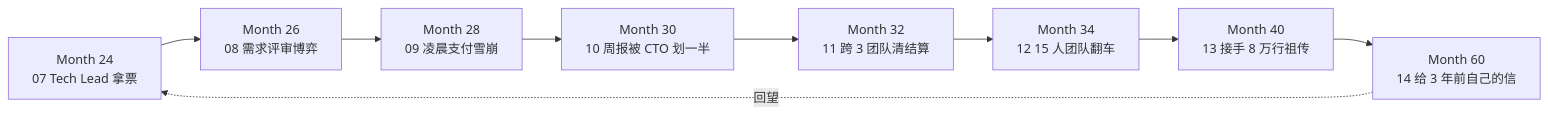
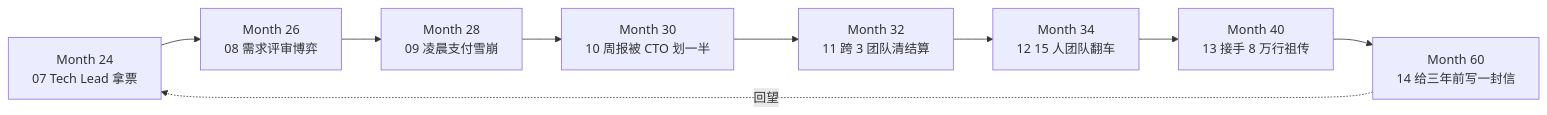
Before and after one commit to chongyang211/YCBookBlog: the fifth of 7 diagrams in docs/08.编程/05.程序员精进路/00.README.md, drawn with Mermaid. The commit also changed other lines of this file and 9 other files, not shown here.

````diff
--- a/docs/08.编程/05.程序员精进路/00.README.md
+++ b/docs/08.编程/05.程序员精进路/00.README.md
@@ -152,11 +147,11 @@
 ```mermaid
 flowchart LR
     N7[Month 24<br/>07 Tech Lead 拿票] --> N8[Month 26<br/>08 需求评审博弈]
     N8 --> N9[Month 28<br/>09 凌晨支付雪崩]
     N9 --> N10[Month 30<br/>10 周报被 CTO 划一半]
     N10 --> N11[Month 32<br/>11 跨 3 团队清结算]
     N11 --> N12[Month 34<br/>12 15 人团队翻车]
     N12 --> N13[Month 40<br/>13 接手 8 万行祖传]
-    N13 --> N14[Month 60<br/>14 给 3 年前自己的信]
+    N13 --> N14[Month 60<br/>14 给三年前写一封信]
     N14 -.回望.-> N7
 ```
````
